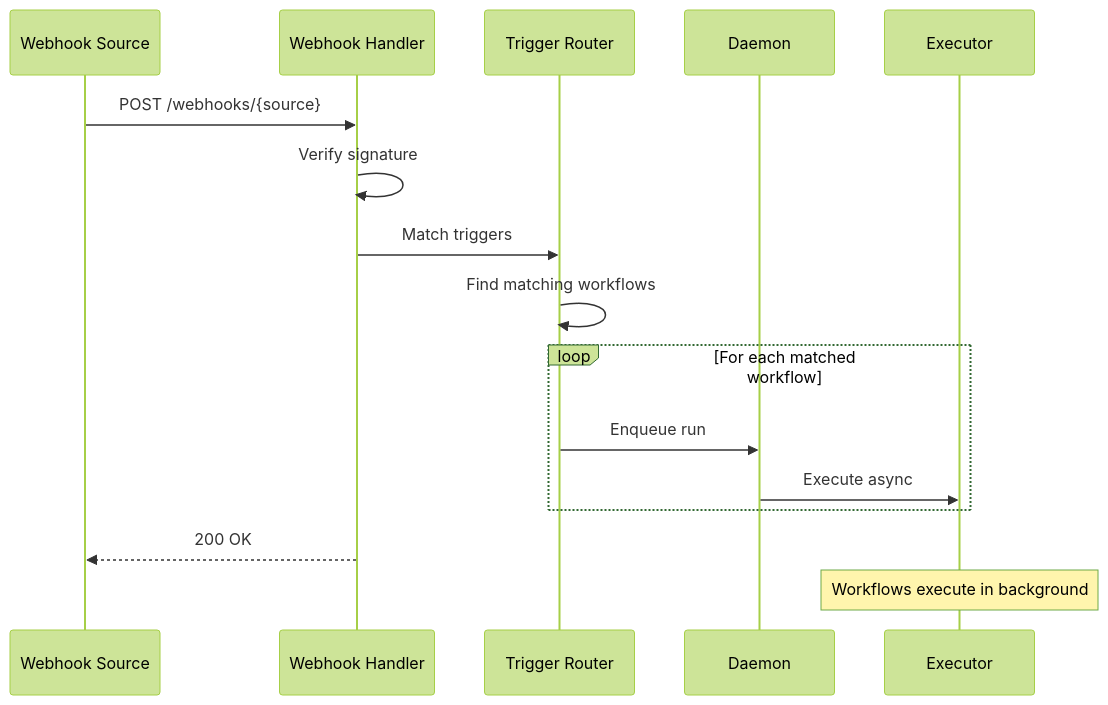
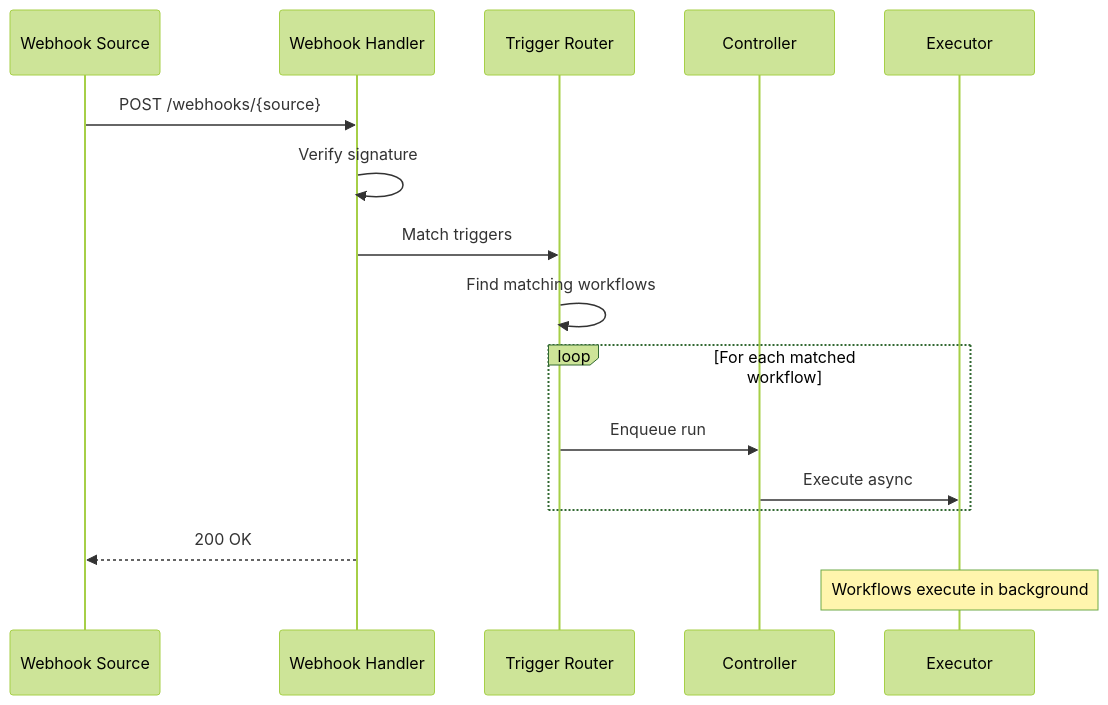
The fourth of 6 diagrams in docs/architecture/execution-flow.md (tombee/conductor), drawn with Mermaid (forest theme) before and after one commit. The commit also changed other lines of this file and 123 other files, not shown here.

````diff
--- a/docs/architecture/execution-flow.md
+++ b/docs/architecture/execution-flow.md
@@ -116,22 +116,22 @@
 ```mermaid
 sequenceDiagram
     participant Source as Webhook Source
     participant Handler as Webhook Handler
     participant Router as Trigger Router
-    participant Daemon as Daemon
+    participant Controller as Controller
     participant Executor as Executor
 
     Source->>Handler: POST /webhooks/{source}
     Handler->>Handler: Verify signature
     Handler->>Router: Match triggers
     Router->>Router: Find matching workflows
 
     loop For each matched workflow
-        Router->>Daemon: Enqueue run
-        Daemon->>Executor: Execute async
+        Router->>Controller: Enqueue run
+        Controller->>Executor: Execute async
     end
 
     Handler-->>Source: 200 OK
 
     Note over Executor: Workflows execute in background
 ```
````
